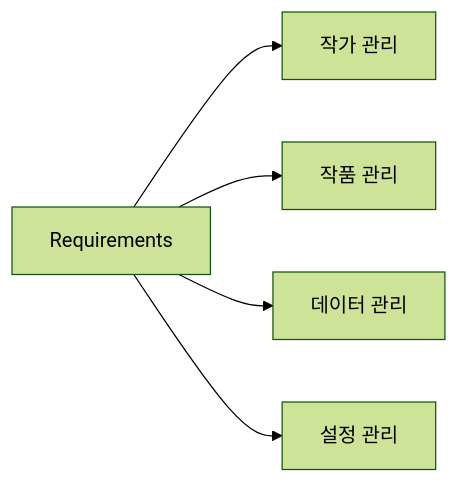
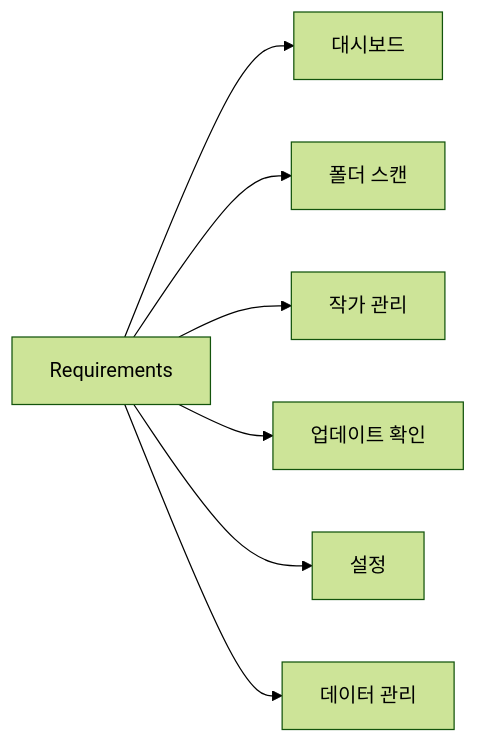
One commit to PKT0623/PixivLocalManager changed the diagram in docs/02_REQUIREMENTS.md. Above: the diagram before and after it, drawn with Mermaid (forest theme). The commit also changed other lines of this file and 11 other files, not shown here.

````diff
--- a/docs/02_REQUIREMENTS.md
+++ b/docs/02_REQUIREMENTS.md
@@ -5,10 +5,12 @@
 ```mermaid
 flowchart LR
 
 REQ[Requirements]
 
+REQ --> DASHBOARD[대시보드]
+REQ --> SCAN[폴더 스캔]
 REQ --> ARTIST[작가 관리]
-REQ --> ARTWORK[작품 관리]
+REQ --> UPDATE[업데이트 확인]
+REQ --> SETTINGS[설정]
 REQ --> DATA[데이터 관리]
-REQ --> CONFIG[설정 관리]
 ```
````
